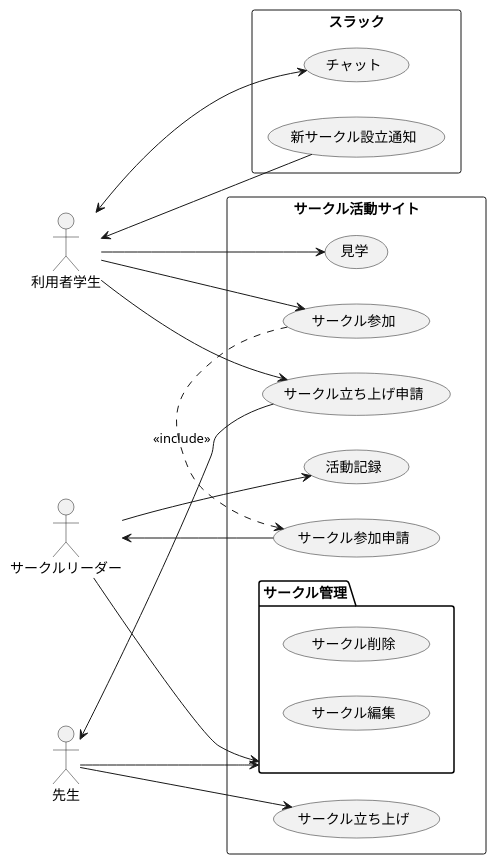
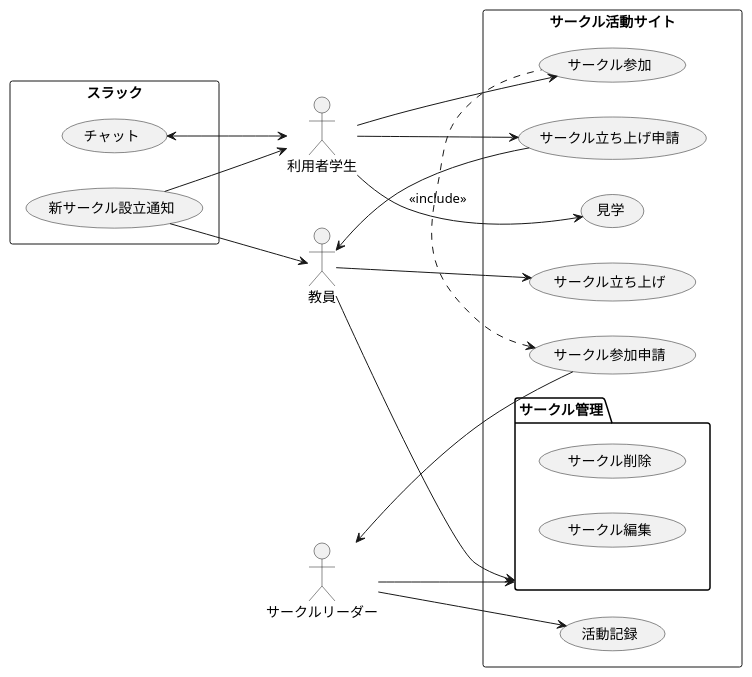
Before and after one commit to hitokin/uml_introduction: the diagram in サークル.pu, drawn with PlantUML.

```diff
--- a/サークル.pu
+++ b/サークル.pu
@@ -1,41 +1,42 @@
 @startuml ユースケース図
 left to right direction
 
     actor 利用者学生
-    actor 先生
+    actor 教員
     actor サークルリーダー
 rectangle サークル活動サイト {
 
     usecase サークル立ち上げ申請
     usecase サークル立ち上げ
     usecase サークル参加申請
     usecase 活動記録
     usecase サークル参加
     usecase 見学
 
-    利用者学生 --> サークル立ち上げ申請
+    利用者学生 -> サークル立ち上げ申請
     利用者学生 -> サークル参加
     利用者学生 --> 見学
     サークルリーダー --> 活動記録
     サークルリーダー --> サークル管理
-    先生 --> サークル立ち上げ
-    先生 --> サークル管理
+    教員 --> サークル立ち上げ
+    教員 --> サークル管理
         サークル参加申請 <. サークル参加 : <<include>>
-        サークル立ち上げ申請 --> 先生
+        サークル立ち上げ申請 --> 教員
 
     package サークル管理{
         usecase サークル削除
         usecase サークル編集
     }
-    }
+}
 rectangle スラック {
     actor 利用者学生
     usecase チャット
     usecase 新サークル設立通知
 
     利用者学生 <--> チャット
     新サークル設立通知 --> 利用者学生
+    新サークル設立通知 --> 教員
 } 
 サークル参加申請 --> サークルリーダー
 
 @endumll
```
